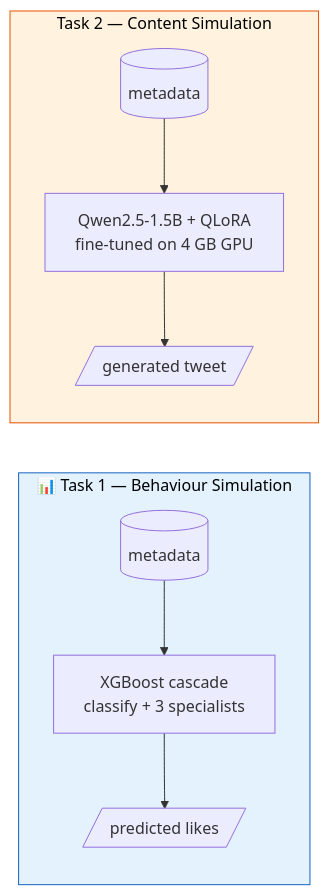
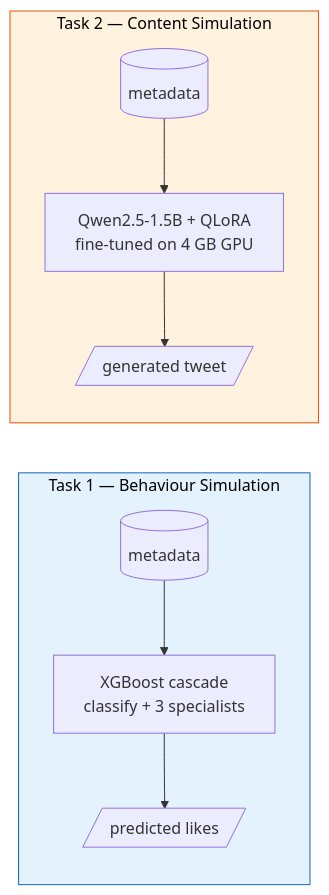
The diagram in README.md (havish-coder/Tweet_analyzer), drawn with Mermaid before and after one commit. The commit also changed other lines of this file and 2 other files, not shown here.

````diff
--- a/README.md
+++ b/README.md
@@ -24,15 +24,15 @@
 ```mermaid
 flowchart LR
-    subgraph T1["📊 Task 1 — Behaviour Simulation"]
+    subgraph T1["Task 1 — Behaviour Simulation"]
         T1in[(metadata)] --> T1m[XGBoost cascade<br/>classify + 3 specialists]
         T1m --> T1out[/predicted likes/]
     end
 
     subgraph T2[" Task 2 — Content Simulation"]
         T2in[(metadata)] --> T2m[Qwen2.5-1.5B + QLoRA<br/>fine-tuned on 4 GB GPU]
         T2m --> T2out[/generated tweet/]
     end
 
     style T1 fill:#e3f2fd,stroke:#1565c0,color:#000
     style T2 fill:#fff3e0,stroke:#e65100,color:#000
 ```
````
